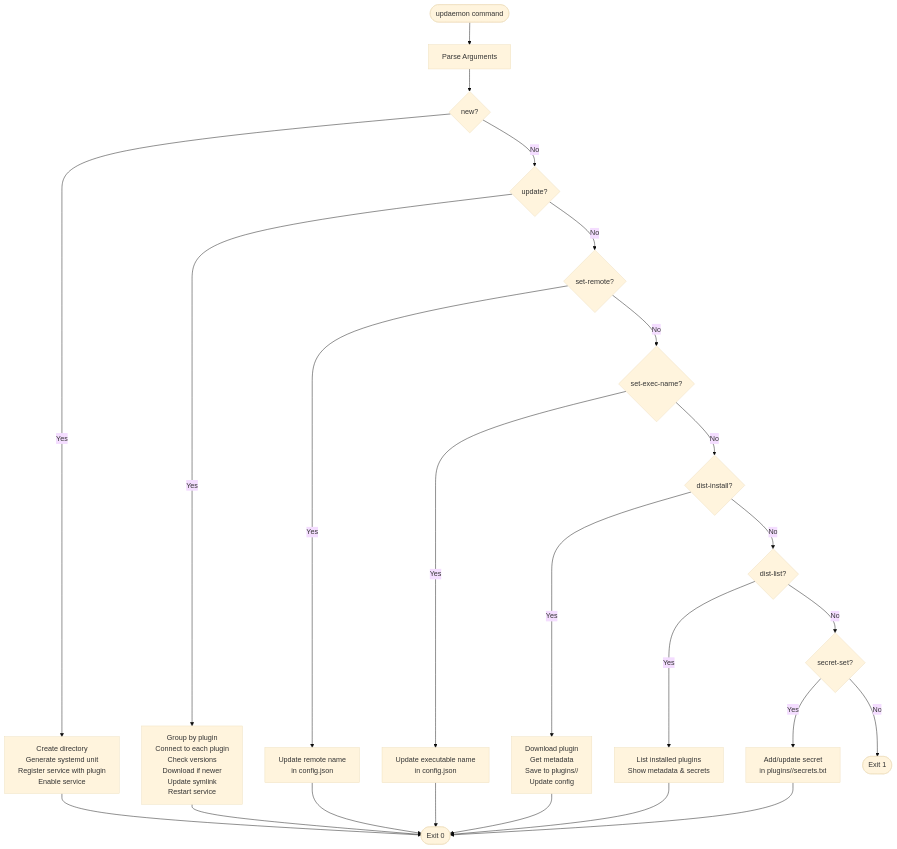
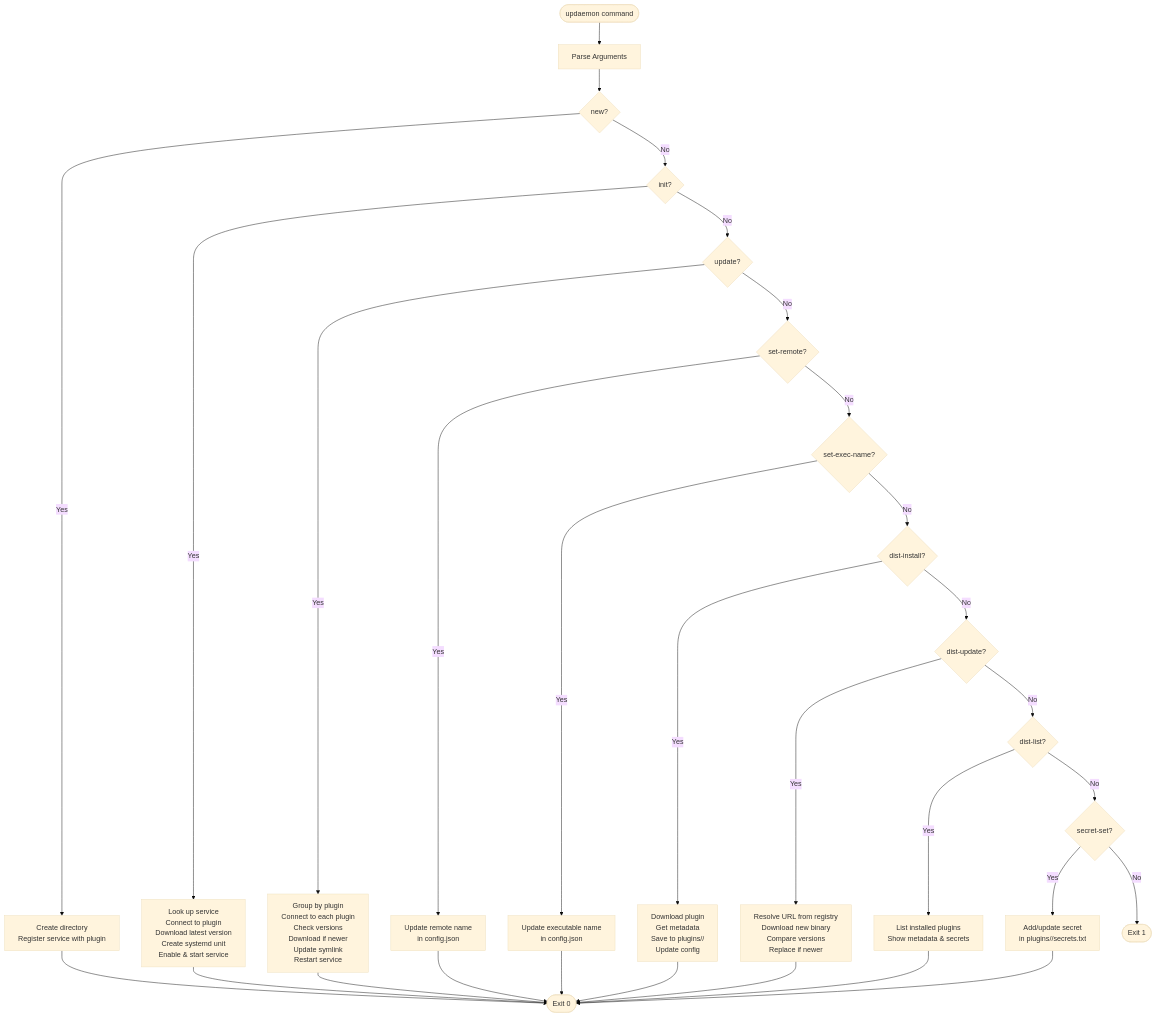
One commit to AdamTovatt/updaemon changed the fifth of 6 diagrams in README.md. Above: the diagram before and after it, drawn with Mermaid (base theme). The commit also changed other lines of this file and 1 other file, not shown here.

````diff
--- a/README.md
+++ b/README.md
@@ -711,49 +753,59 @@
 ```mermaid
 graph TD
     Start([updaemon command])
     Parse[Parse Arguments]
     
     New{new?}
+    Init{init?}
     Update{update?}
     SetRemote{set-remote?}
     SetExecName{set-exec-name?}
     DistInstall{dist-install?}
+    DistUpdate{dist-update?}
     DistList{dist-list?}
     SecretSet{secret-set?}
     
-    NewAction[Create directory<br/>Generate systemd unit<br/>Register service with plugin<br/>Enable service]
+    NewAction[Create directory<br/>Register service with plugin]
+    InitAction[Look up service<br/>Connect to plugin<br/>Download latest version<br/>Create systemd unit<br/>Enable & start service]
     UpdateAction[Group by plugin<br/>Connect to each plugin<br/>Check versions<br/>Download if newer<br/>Update symlink<br/>Restart service]
     SetRemoteAction[Update remote name<br/>in config.json]
     SetExecNameAction[Update executable name<br/>in config.json]
     DistInstallAction[Download plugin<br/>Get metadata<br/>Save to plugins/<alias>/<br/>Update config]
+    DistUpdateAction[Resolve URL from registry<br/>Download new binary<br/>Compare versions<br/>Replace if newer]
     DistListAction[List installed plugins<br/>Show metadata & secrets]
     SecretSetAction[Add/update secret<br/>in plugins/<alias>/secrets.txt]
     
     Success([Exit 0])
     Error([Exit 1])
     
     Start --> Parse
     Parse --> New
     New -->|Yes| NewAction
-    New -->|No| Update
+    New -->|No| Init
+    Init -->|Yes| InitAction
+    Init -->|No| Update
     Update -->|Yes| UpdateAction
     Update -->|No| SetRemote
     SetRemote -->|Yes| SetRemoteAction
     SetRemote -->|No| SetExecName
     SetExecName -->|Yes| SetExecNameAction
     SetExecName -->|No| DistInstall
     DistInstall -->|Yes| DistInstallAction
-    DistInstall -->|No| DistList
+    DistInstall -->|No| DistUpdate
+    DistUpdate -->|Yes| DistUpdateAction
+    DistUpdate -->|No| DistList
     DistList -->|Yes| DistListAction
     DistList -->|No| SecretSet
     SecretSet -->|Yes| SecretSetAction
     SecretSet -->|No| Error
-    
+
     NewAction --> Success
+    InitAction --> Success
     UpdateAction --> Success
     SetRemoteAction --> Success
     SetExecNameAction --> Success
     DistInstallAction --> Success
+    DistUpdateAction --> Success
     DistListAction --> Success
     SecretSetAction --> Success
 ```
````
